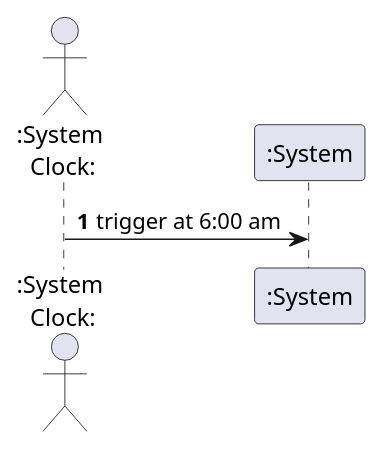
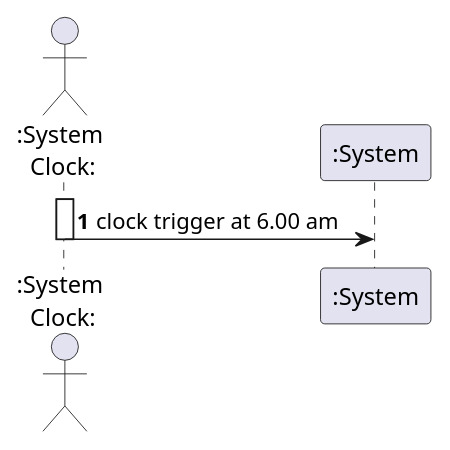
Before and after one commit to MadDinosaur/ISEP-LAPR2: the diagram in docs/SprintD/US19/US19_SSD.puml, drawn with PlantUML. The commit also changed 13 other files, not shown here.

```diff
--- a/docs/SprintD/US19/US19_SSD.puml
+++ b/docs/SprintD/US19/US19_SSD.puml
@@ -1,10 +1,12 @@
 @startuml
 
 autonumber
 
 actor ":System\n Clock:" as Clock
 participant ":System" as sys
 
-Clock -> sys: trigger at 6:00 am
+activate Clock
+Clock -> sys: clock trigger at 6.00 am
+deactivate Clock
 
 @enduml
```
